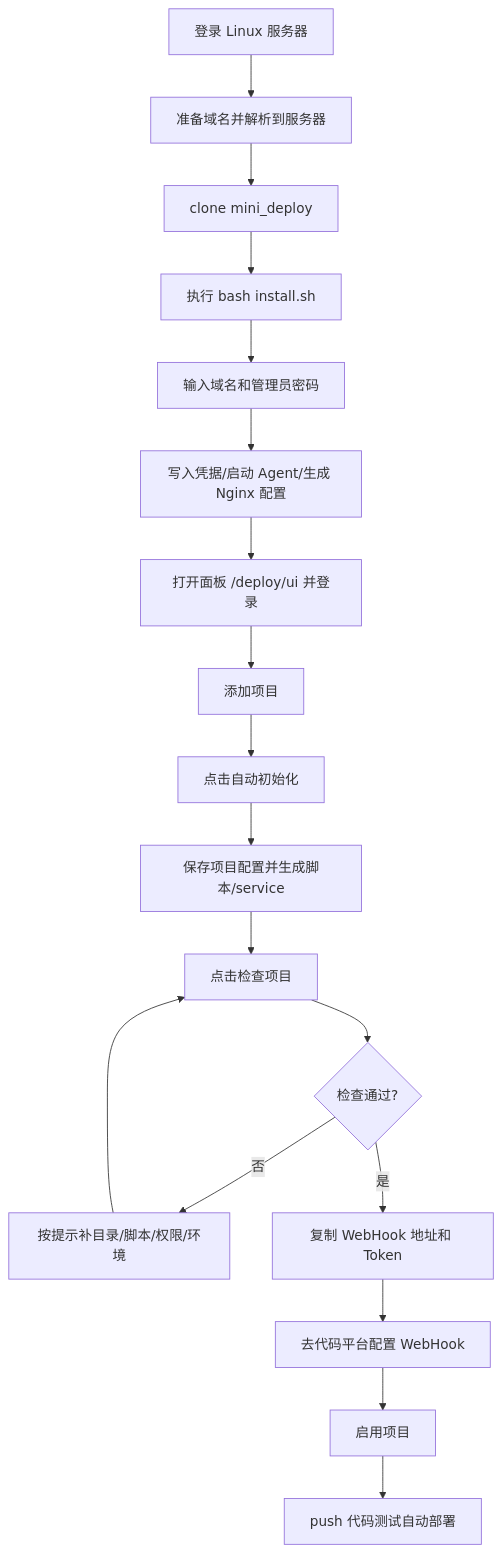
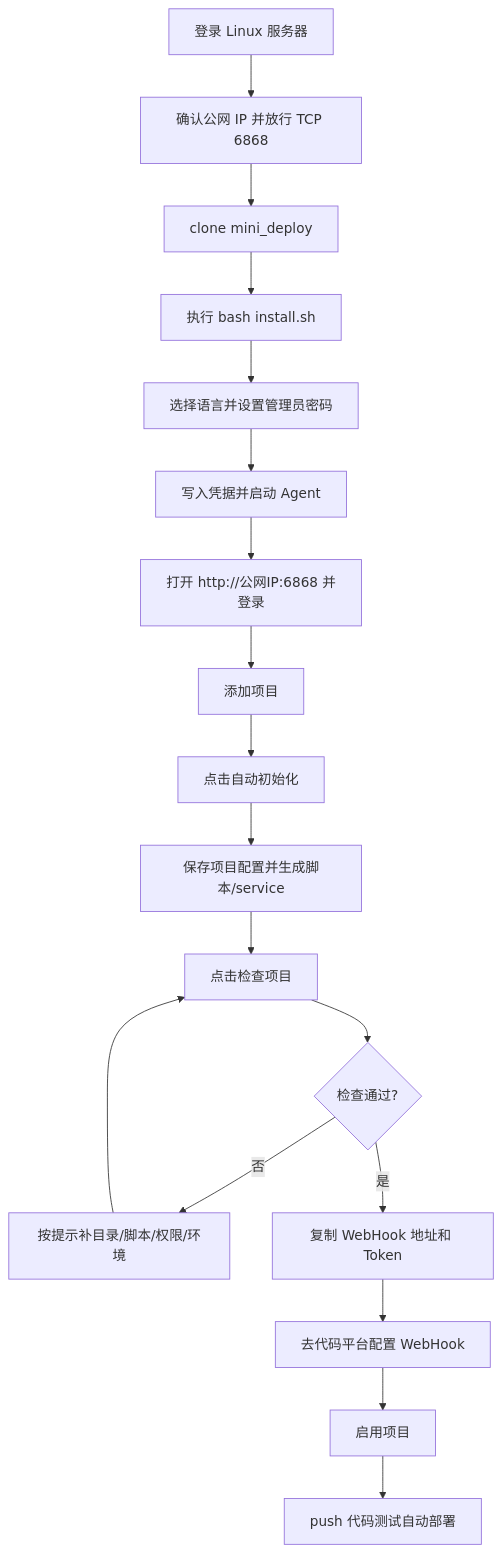
The second of 7 diagrams in docs/BEGINNER_DEPLOY_FLOW.zh-CN.md (jokerXueC/mini_deploy), drawn with Mermaid before and after one commit. The commit also changed other lines of this file and 26 other files, not shown here.

````diff
--- a/docs/BEGINNER_DEPLOY_FLOW.zh-CN.md
+++ b/docs/BEGINNER_DEPLOY_FLOW.zh-CN.md
@@ -99,20 +99,20 @@
 ```mermaid
 flowchart TD
-    A[登录 Linux 服务器] --> B[准备域名并解析到服务器]
+    A[登录 Linux 服务器] --> B[确认公网 IP 并放行 TCP 6868]
     B --> C[clone mini_deploy]
     C --> D[执行 bash install.sh]
-    D --> E[输入域名和管理员密码]
-    E --> F[写入凭据/启动 Agent/生成 Nginx 配置]
-    F --> G[打开面板 /deploy/ui 并登录]
+    D --> E[选择语言并设置管理员密码]
+    E --> F[写入凭据并启动 Agent]
+    F --> G[打开 http://公网IP:6868 并登录]
     G --> I[添加项目]
     I --> J[点击自动初始化]
     J --> K[保存项目配置并生成脚本/service]
     K --> L[点击检查项目]
     L --> M{检查通过?}
     M -- 否 --> N[按提示补目录/脚本/权限/环境]
     N --> L
     M -- 是 --> O[复制 WebHook 地址和 Token]
     O --> P[去代码平台配置 WebHook]
     P --> Q[启用项目]
     Q --> R[push 代码测试自动部署]
 ```
````
